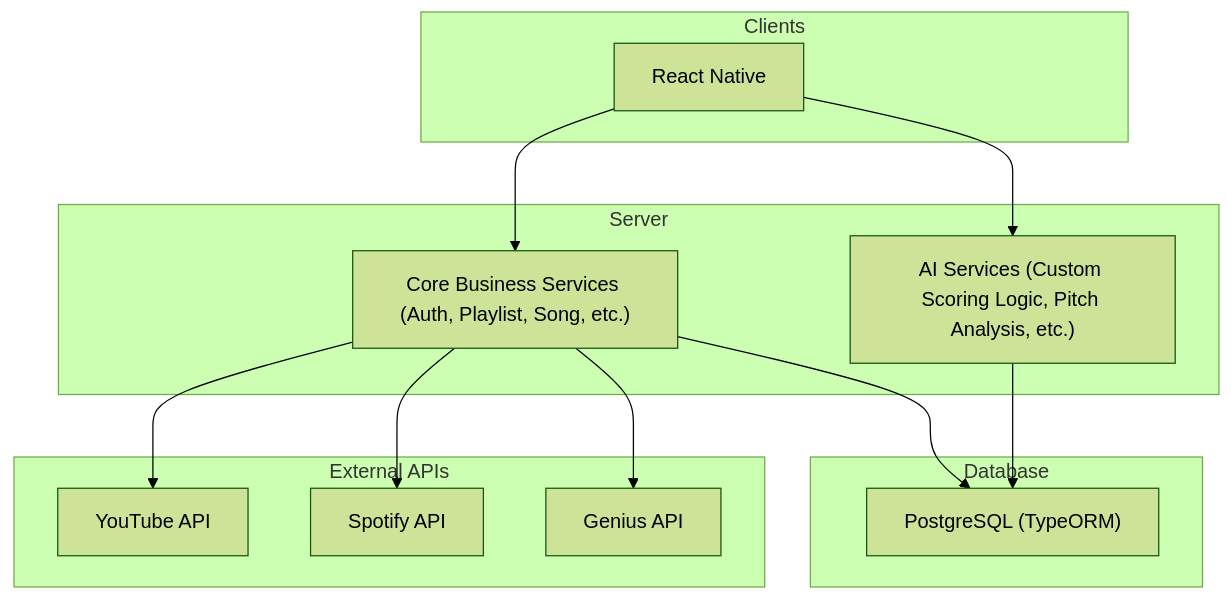
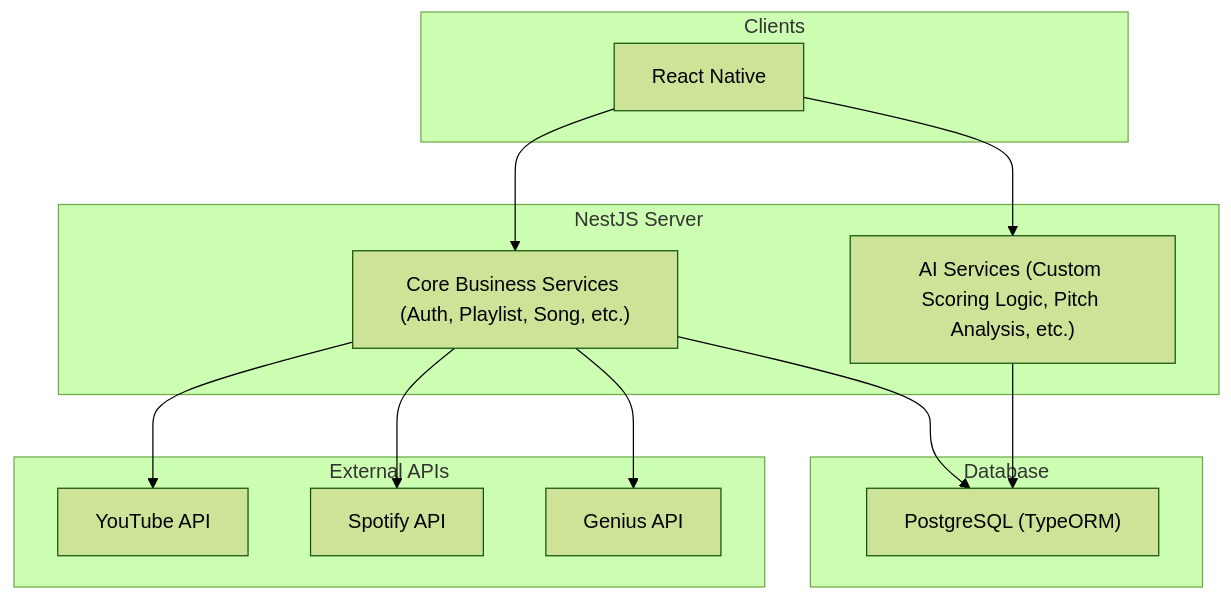
Before and after one commit to manoke-uit/.github: the second of 2 diagrams in README.md, drawn with Mermaid (forest theme).

Commit message:
chore: change Backend Services' name

````diff
--- a/README.md
+++ b/README.md
@@ -70,37 +70,37 @@
 ``` mermaid
 flowchart TD
     %% Consumers
     subgraph Clients
         MobileApp["React Native"]
     end
 
     %% Backend Services Grouped
-    subgraph Server
+    subgraph NestJS Server
         CoreLogic["Core Business Services (Auth, Playlist, Song, etc.)"]
         AILogic["AI Services (Custom Scoring Logic, Pitch Analysis, etc.)"]
     end
 
     %% External APIs
     subgraph External APIs
         YouTube["YouTube API"]
         Spotify["Spotify API"]
         Genius["Genius API"]
     end
 
     %% Database
     subgraph Database
         PostgreSQL["PostgreSQL (TypeORM)"]
     end
 
     %% Flow
     MobileApp --> CoreLogic
     MobileApp --> AILogic
 
     CoreLogic --> YouTube
     CoreLogic --> Spotify
     CoreLogic --> Genius
 
     CoreLogic --> PostgreSQL
     AILogic --> PostgreSQL
 
 ```
````
